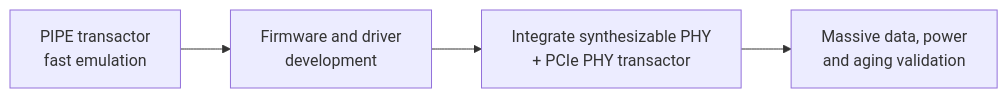
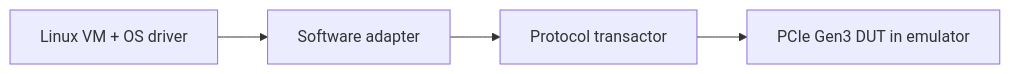
Before and after one commit to nemo99007/yt-paper: the diagram in docs/papers/ref-20261018-2072-high-speed-interface-ip-validation-based-on-virtual-emulatio.md, drawn with Mermaid. The commit also changed other lines of this file and 172 other files, not shown here.

````diff
--- a/docs/papers/ref-20261018-2072-high-speed-interface-ip-validation-based-on-virtual-emulatio.md
+++ b/docs/papers/ref-20261018-2072-high-speed-interface-ip-validation-based-on-virtual-emulatio.md
@@ -256,6 +199,4 @@
 ```mermaid
 flowchart LR
-    A[PIPE transactor<br/>fast emulation] --> B[Firmware and driver<br/>development]
-    B --> C[Integrate synthesizable PHY<br/>+ PCIe PHY transactor]
-    C --> D[Massive data, power<br/>and aging validation]
+  VM[Linux VM + OS driver] --> SA[Software adapter] --> TX[Protocol transactor] --> DUT[PCIe Gen3 DUT in emulator]
 ```
````
